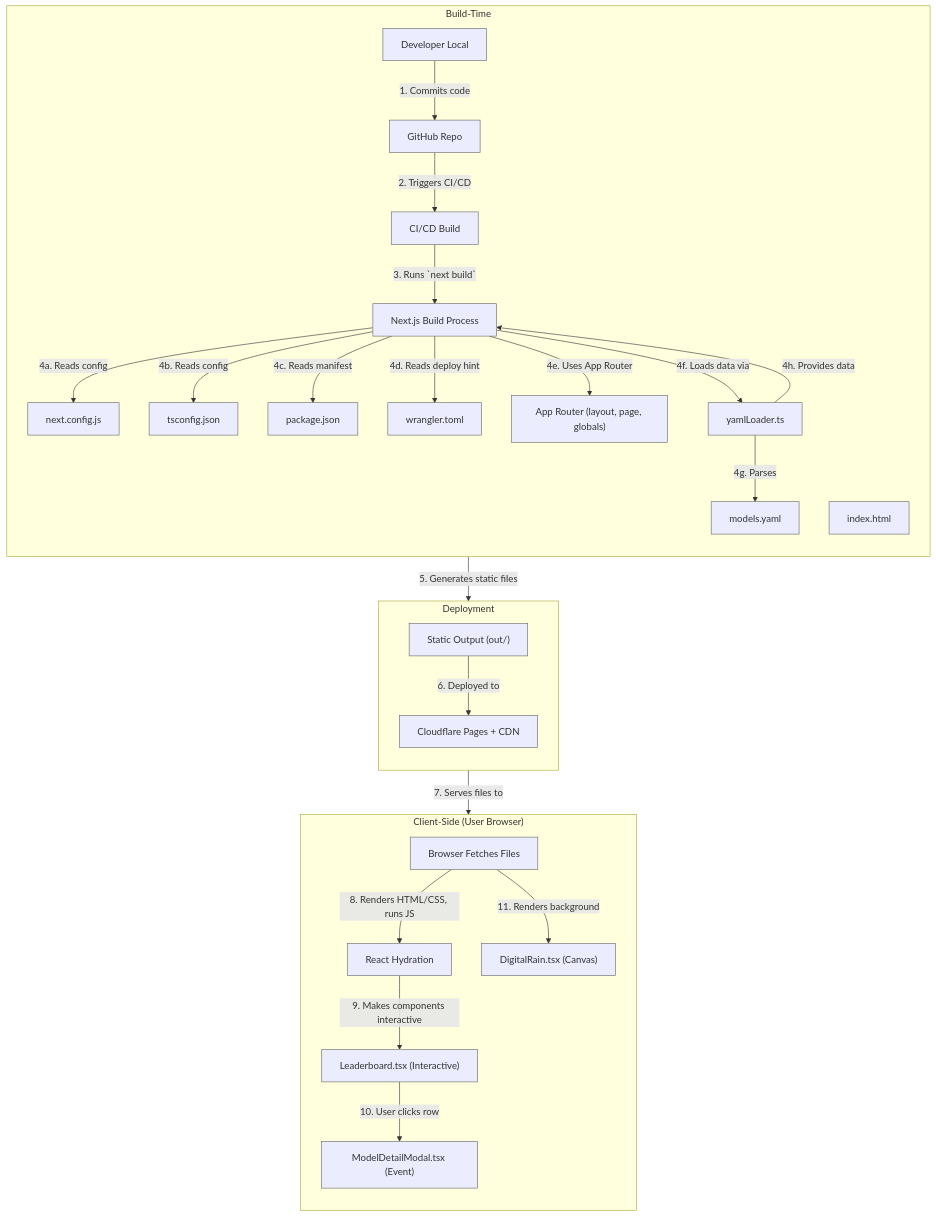
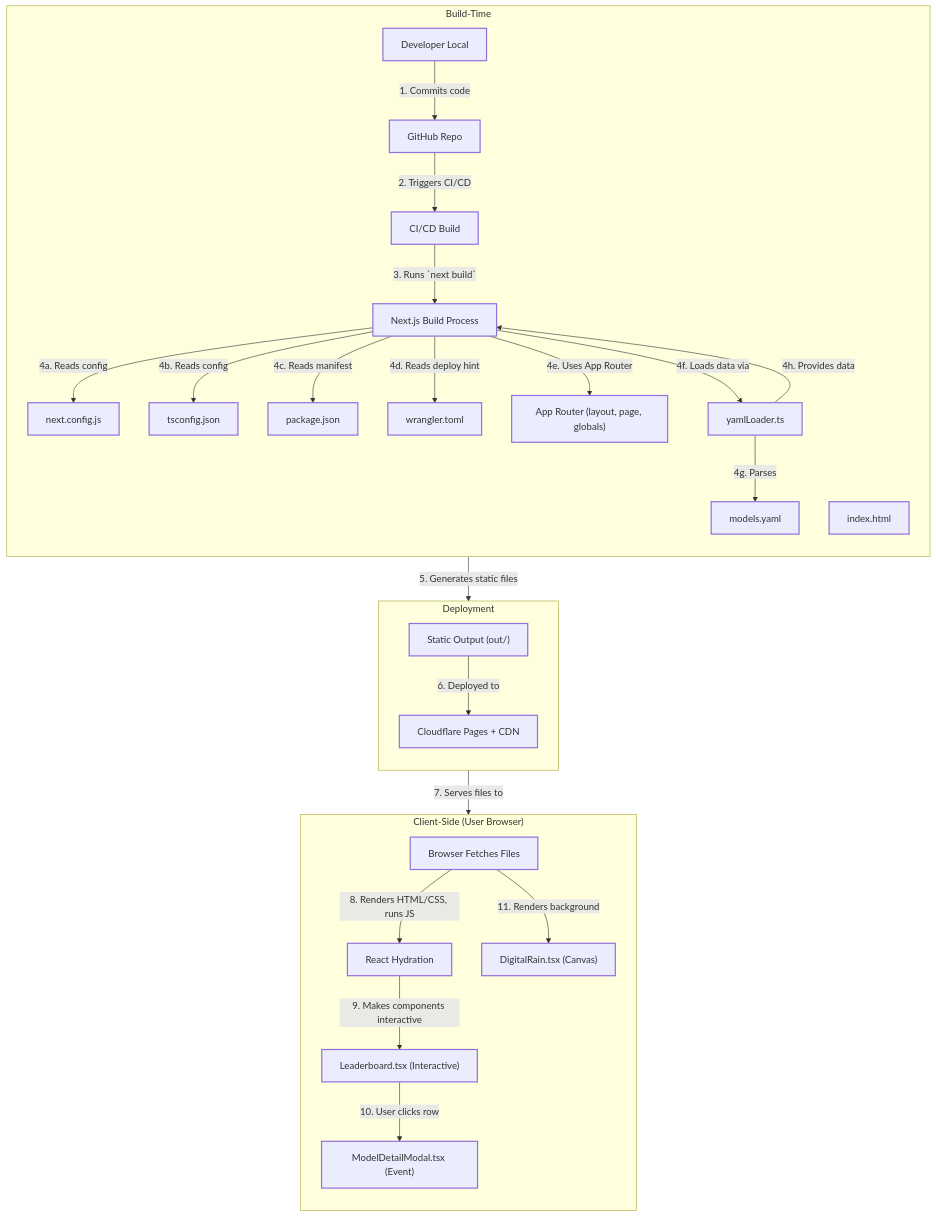
One commit to aj47/techfren-leaderboard changed the diagram in README.md. Above: the diagram before and after it, drawn with Mermaid.

````diff
--- a/README.md
+++ b/README.md
@@ -44,80 +44,58 @@
 ```mermaid
 flowchart TD
     %% === Build-Time Components ===
     subgraph "Build-Time"
         direction TB
         Dev["Developer Local"]:::build
         GH["GitHub Repo"]:::build
         CI["CI/CD Build"]:::build
         NXConfig["next.config.js"]:::build
         TSConfig["tsconfig.json"]:::build
         Package["package.json"]:::build
         IndexHTML["index.html"]:::build
         Wrangler["wrangler.toml"]:::build
         ModelsYAML["models.yaml"]:::build
         YamlLoader["yamlLoader.ts"]:::build
         NextBuild["Next.js Build Process"]:::build
         AppRouter["App Router (layout, page, globals)"]:::build
     end
-
     %% === Deployment Components ===
     subgraph "Deployment"
         direction TB
         StaticAssets["Static Output (out/)"]:::deploy
         Cloudflare["Cloudflare Pages + CDN"]:::deploy
     end
-
     %% === Client-Side Runtime ===
     subgraph "Client-Side (User Browser)"
         direction TB
         Browser["Browser Fetches Files"]:::runtime
         Hydration["React Hydration"]:::runtime
         Leaderboard["Leaderboard.tsx (Interactive)"]:::runtime
         Modal["ModelDetailModal.tsx (Event)"]:::runtime
         DigitalRain["DigitalRain.tsx (Canvas)"]:::runtime
     end
-
     %% === Relationships ===
     Dev -->|1. Commits code| GH
     GH -->|2. Triggers CI/CD| CI
     CI -->|3. Runs `next build`| NextBuild
-
     NextBuild -->|4a. Reads config| NXConfig
     NextBuild -->|4b. Reads config| TSConfig
     NextBuild -->|4c. Reads manifest| Package
     NextBuild -->|4d. Reads deploy hint| Wrangler
     NextBuild -->|4e. Uses App Router| AppRouter
     NextBuild -->|4f. Loads data via| YamlLoader
     YamlLoader -->|4g. Parses| ModelsYAML
     YamlLoader -->|4h. Provides data| NextBuild
     NextBuild -->|5. Generates static files| StaticAssets
     StaticAssets -->|6. Deployed to| Cloudflare
-
     Cloudflare -->|7. Serves files to| Browser
     Browser -->|8. Renders HTML/CSS, runs JS| Hydration
     Hydration -->|9. Makes components interactive| Leaderboard
     Leaderboard -->|10. User clicks row| Modal
     Browser -->|11. Renders background| DigitalRain
-
-    %% === Click Events (Links to GitHub files) ===
-    %% Removed target="_blank" for compatibility
-    click NXConfig "https://github.com/aj47/techfren-leaderboard/blob/main/next.config.js"
-    click Wrangler "https://github.com/aj47/techfren-leaderboard/blob/main/wrangler.toml"
-    click StaticAssets "https://nextjs.org/docs/app/building-your-application/deploying/static-exports"
-    click AppRouter "https://github.com/aj47/techfren-leaderboard/tree/main/src/app"
-    click ModelsYAML "https://github.com/aj47/techfren-leaderboard/blob/main/src/data/models.yaml"
-    click YamlLoader "https://github.com/aj47/techfren-leaderboard/blob/main/src/utils/yamlLoader.ts"
-    click Leaderboard "https://github.com/aj47/techfren-leaderboard/blob/main/src/components/Leaderboard.tsx"
-    click Modal "https://github.com/aj47/techfren-leaderboard/blob/main/src/components/ModelDetailModal.tsx"
-    click DigitalRain "https://github.com/aj47/techfren-leaderboard/blob/main/src/components/DigitalRain.tsx"
-    click TSConfig "https://github.com/aj47/techfren-leaderboard/blob/main/tsconfig.json"
-    click IndexHTML "https://github.com/aj47/techfren-leaderboard/blob/main/index.html"
-    click Package "https://github.com/aj47/techfren-leaderboard/blob/main/package.json"
-    click Cloudflare "https://pages.cloudflare.com/"
-
-    %% === Styles (Theme Friendly) ===
-    %% Removed fill colors to use theme defaults. Kept stroke for definition.
-    classDef build stroke:#666,stroke-width:1px,color:#333
-    classDef deploy stroke:#666,stroke-width:1px,color:#333
-    classDef runtime stroke:#666,stroke-width:1px,color:#333
+    
+    %% === Dark-mode friendly styles (theme-neutral) ===
+    classDef build stroke-width:2px
+    classDef deploy stroke-width:2px
+    classDef runtime stroke-width:2px
 ```
````
